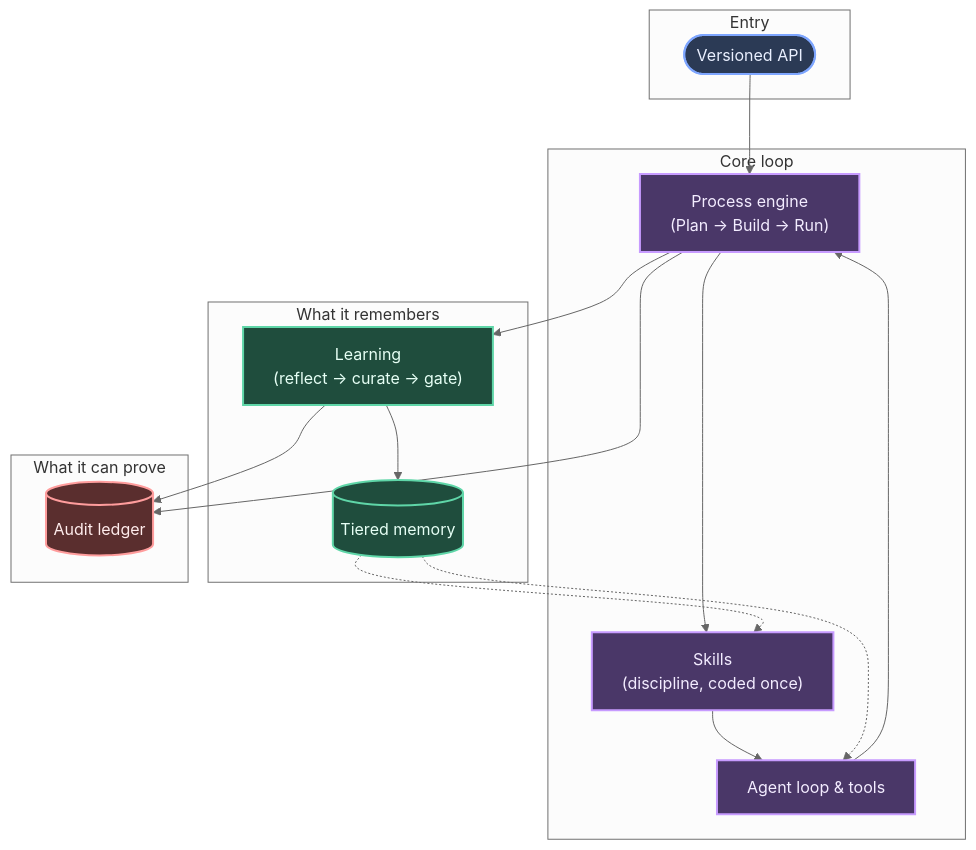
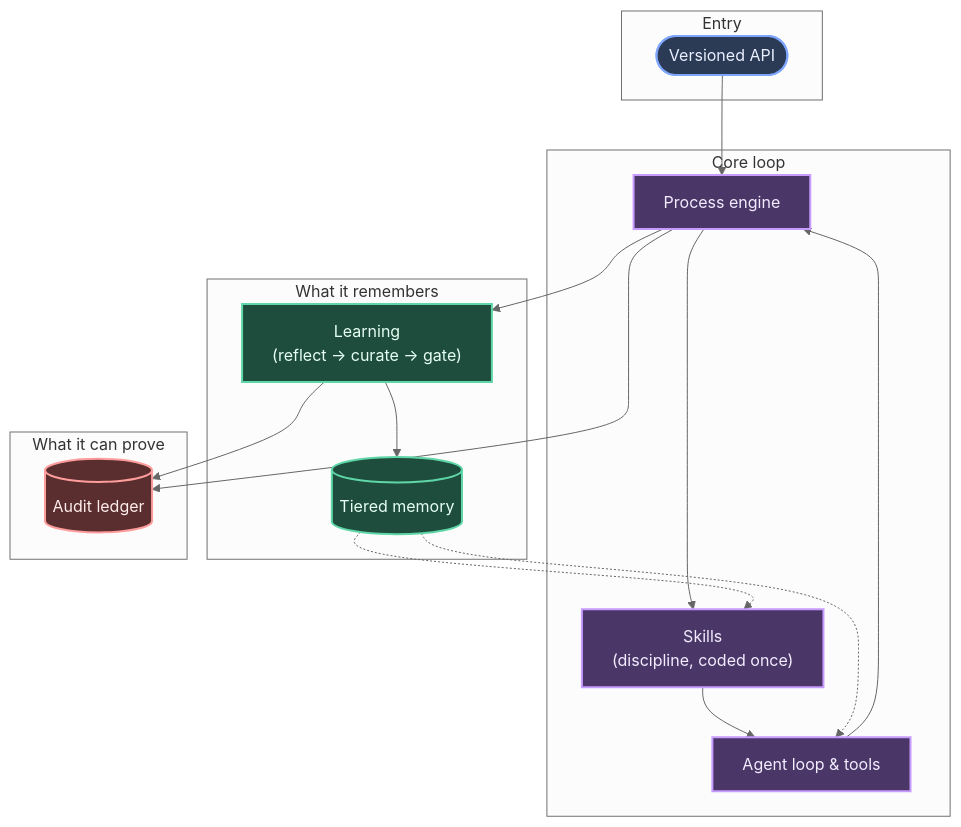
Before and after one commit to GrokBuildMJW/ironclad: the fifth of 5 diagrams in docs/architecture.md, drawn with Mermaid (neutral theme). The commit also changed other lines of this file and 1 other file, not shown here.

First line of the commit message:
Scope Plan -> Build -> Run to software engineering specifically

````diff
--- a/docs/architecture.md
+++ b/docs/architecture.md
@@ -192,41 +195,41 @@
 ```mermaid
 flowchart TB
     subgraph ENTRY["Entry"]
         API(["Versioned API"])
     end
 
     subgraph CORE["Core loop"]
-        PROC["Process engine\n(Plan → Build → Run)"]
+        PROC["Process engine"]
         SKILL["Skills\n(discipline, coded once)"]
         AGENT["Agent loop & tools"]
     end
 
     subgraph MIND["What it remembers"]
         LEARN["Learning\n(reflect → curate → gate)"]
         MEM[("Tiered memory")]
     end
 
     subgraph TRUST["What it can prove"]
         AUDIT[("Audit ledger")]
     end
 
     API --> PROC
     PROC --> SKILL
     SKILL --> AGENT
     AGENT --> PROC
     PROC --> LEARN
     LEARN --> MEM
     MEM -.-> AGENT
     MEM -.-> SKILL
     PROC --> AUDIT
     LEARN --> AUDIT
 
     classDef entry fill:#2b3a55,stroke:#7ea6ff,stroke-width:2px,color:#eaf0ff
     classDef core fill:#4a3768,stroke:#c79bff,stroke-width:2px,color:#f3ecff
     classDef mind fill:#1f4d3d,stroke:#5fd6a8,stroke-width:2px,color:#e6fff5
     classDef trust fill:#5a2e2e,stroke:#ff9d9d,stroke-width:2px,color:#ffecec
     class API entry
     class PROC,SKILL,AGENT core
     class LEARN,MEM mind
     class AUDIT trust
 ```
````
